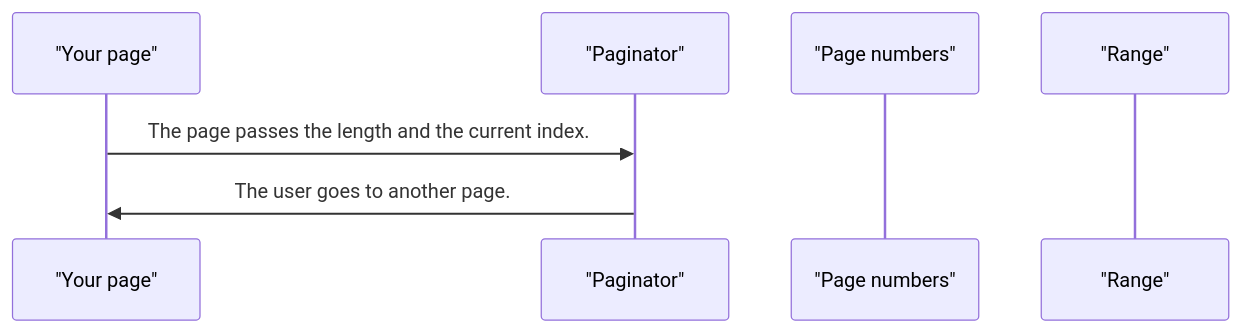
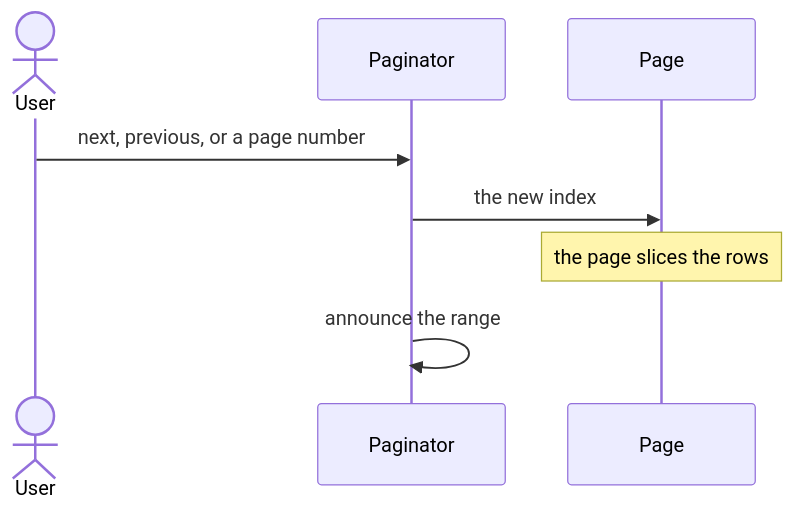
One commit to RajshekharBorate/pixel-ui changed the second of 3 diagrams in projects/pixel-ui/src/lib/pixel-paginator/DESIGN.md. Above: the diagram before and after it, drawn with Mermaid. The commit also changed other lines of this file and 73 other files, not shown here.

Commit message:
Explain who owns each value and what each flow does in every component and service design.

````diff
--- a/projects/pixel-ui/src/lib/pixel-paginator/DESIGN.md
+++ b/projects/pixel-ui/src/lib/pixel-paginator/DESIGN.md
@@ -48,9 +60,10 @@
 ```mermaid
 sequenceDiagram
-  participant page as "Your page"
-  participant pager as "Paginator"
-  participant pages as "Page numbers"
-  participant live as "Range"
-  page->>pager: The page passes the length and the current index.
-  pager->>page: The user goes to another page.
+  actor User
+  participant Pager as Paginator
+  participant Page
+  User->>Pager: next, previous, or a page number
+  Pager->>Page: the new index
+  Note over Page: the page slices the rows
+  Pager->>Pager: announce the range
 ```
````
